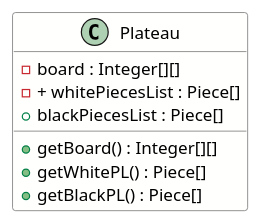
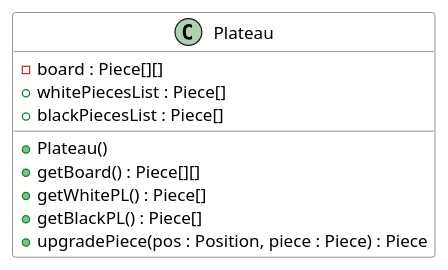
One commit to Lienub/ChessGame changed the diagram in uml/Plateau.puml. Above: the diagram before and after it, drawn with PlantUML. The commit also changed 8 other files, not shown here.

```diff
--- a/uml/Plateau.puml
+++ b/uml/Plateau.puml
@@ -1,16 +1,19 @@
 @startuml
 skinparam classBorderColor #4F4F4F
 skinparam classBackgroundColor #FFFFFD
 
 class Plateau{
-    - board : Integer[][]
--    + whitePiecesList : Piece[]
+    - board : Piece[][]
+    + whitePiecesList : Piece[]
     + blackPiecesList : Piece[]
+    
 
-    + getBoard() : Integer[][]
+    + Plateau()
+    + getBoard() : Piece[][]
     + getWhitePL() : Piece[]
     + getBlackPL() : Piece[]
+    + upgradePiece(pos : Position, piece : Piece) : Piece
 
 }
 
 @enduml
```
